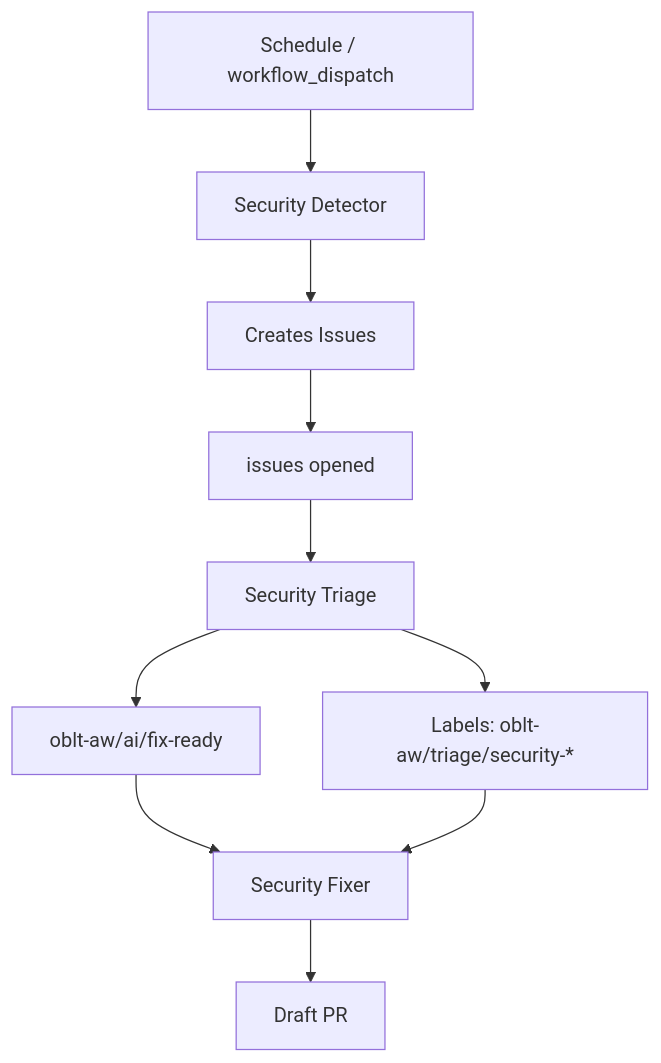
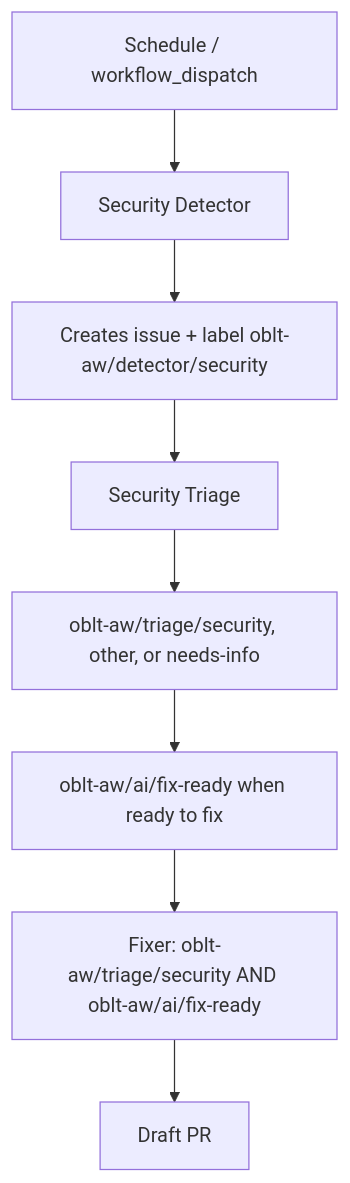
One commit to elastic/oblt-aw changed the diagram in docs/architecture/security-agent-architecture.md. Above: the diagram before and after it, drawn with Mermaid. The commit also changed other lines of this file, not shown here.

First line of the commit message:
docs(architecture): align security triage labels and fixer trigger

````diff
--- a/docs/architecture/security-agent-architecture.md
+++ b/docs/architecture/security-agent-architecture.md
@@ -23,12 +23,10 @@
 ```mermaid
 flowchart TD
   A[Schedule / workflow_dispatch] --> B[Security Detector]
-  B --> C[Creates Issues]
-  C --> D[issues opened]
-  D --> E[Security Triage]
-  E --> F[Labels: oblt-aw/triage/security-*]
-  E --> G[oblt-aw/ai/fix-ready]
-  G --> H[Security Fixer]
-  F --> H
-  H --> I[Draft PR]
+  B --> C[Creates issue + label oblt-aw/detector/security]
+  C --> D[Security Triage]
+  D --> E["oblt-aw/triage/security, other, or needs-info"]
+  E --> F[oblt-aw/ai/fix-ready when ready to fix]
+  F --> G["Fixer: oblt-aw/triage/security AND oblt-aw/ai/fix-ready"]
+  G --> H[Draft PR]
 ```
````
